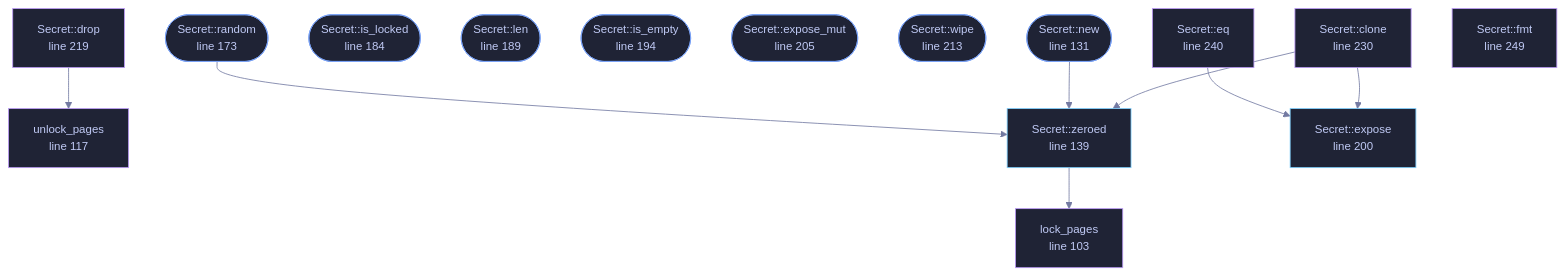
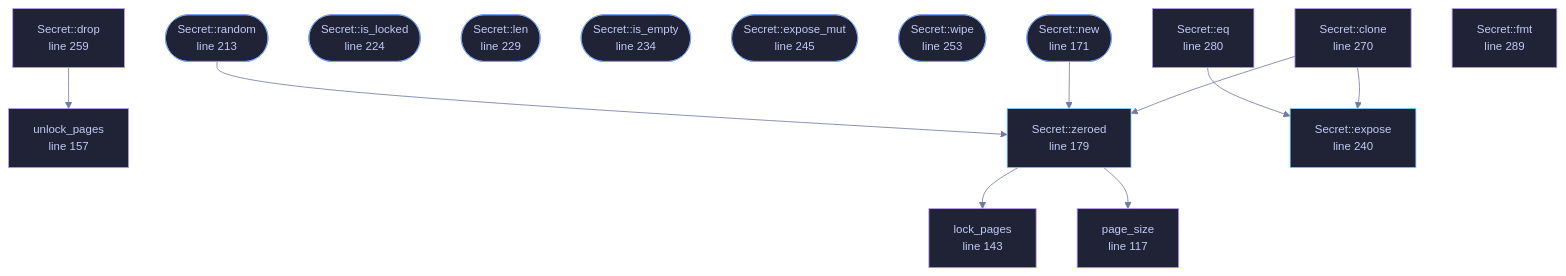
Before and after one commit to tilas01/veilvoice: the diagram in docs/files/veilvoice-crypto/amnesia.md, drawn with Mermaid. The commit also changed other lines of this file and 38 other files, not shown here.

````diff
--- a/docs/files/veilvoice-crypto/amnesia.md
+++ b/docs/files/veilvoice-crypto/amnesia.md
@@ -124,47 +145,52 @@
 ```mermaid
 %%{init: {"theme":"base","themeVariables":{"background":"#1a1b26","primaryColor":"#1f2335","primaryTextColor":"#c0caf5","primaryBorderColor":"#7aa2f7","secondaryColor":"#16161e","tertiaryColor":"#16161e","lineColor":"#737aa2","textColor":"#c0caf5","mainBkg":"#1f2335","nodeBorder":"#7aa2f7","clusterBkg":"#16161e","clusterBorder":"#2f3549","fontFamily":"ui-monospace, SFMono-Regular, Consolas, monospace","fontSize":"14px"}}}%%
 flowchart TD
-    n_lock_pages["lock_pages<br/>line 103"]
-    n_unlock_pages["unlock_pages<br/>line 117"]
-    n_new(["Secret::new<br/>line 131"])
-    n_zeroed["Secret::zeroed<br/>line 139"]
-    n_random(["Secret::random<br/>line 173"])
-    n_is_locked(["Secret::is_locked<br/>line 184"])
-    n_len(["Secret::len<br/>line 189"])
-    n_is_empty(["Secret::is_empty<br/>line 194"])
-    n_expose["Secret::expose<br/>line 200"]
-    n_expose_mut(["Secret::expose_mut<br/>line 205"])
-    n_wipe(["Secret::wipe<br/>line 213"])
-    n_drop["Secret::drop<br/>line 219"]
-    n_clone["Secret::clone<br/>line 230"]
-    n_eq["Secret::eq<br/>line 240"]
-    n_fmt["Secret::fmt<br/>line 249"]
+    n_page_size["page_size<br/>line 112"]
+    n_page_size["page_size<br/>line 117"]
+    n_lock_pages["lock_pages<br/>line 143"]
+    n_unlock_pages["unlock_pages<br/>line 157"]
+    n_new(["Secret::new<br/>line 171"])
+    n_zeroed["Secret::zeroed<br/>line 179"]
+    n_random(["Secret::random<br/>line 213"])
+    n_is_locked(["Secret::is_locked<br/>line 224"])
+    n_len(["Secret::len<br/>line 229"])
+    n_is_empty(["Secret::is_empty<br/>line 234"])
+    n_expose["Secret::expose<br/>line 240"]
+    n_expose_mut(["Secret::expose_mut<br/>line 245"])
+    n_wipe(["Secret::wipe<br/>line 253"])
+    n_drop["Secret::drop<br/>line 259"]
+    n_clone["Secret::clone<br/>line 270"]
+    n_eq["Secret::eq<br/>line 280"]
+    n_fmt["Secret::fmt<br/>line 289"]
     n_clone --> n_expose
     n_clone --> n_zeroed
     n_drop --> n_unlock_pages
     n_eq --> n_expose
     n_new --> n_zeroed
     n_random --> n_zeroed
     n_zeroed --> n_lock_pages
-    click n_lock_pages href "https://github.com/tilas01/veilvoice/blob/main/crates/veilvoice-crypto/src/amnesia.rs#L103" "open the source"
-    click n_unlock_pages href "https://github.com/tilas01/veilvoice/blob/main/crates/veilvoice-crypto/src/amnesia.rs#L117" "open the source"
-    click n_new href "https://github.com/tilas01/veilvoice/blob/main/crates/veilvoice-crypto/src/amnesia.rs#L131" "open the source"
-    click n_zeroed href "https://github.com/tilas01/veilvoice/blob/main/crates/veilvoice-crypto/src/amnesia.rs#L139" "open the source"
-    click n_random href "https://github.com/tilas01/veilvoice/blob/main/crates/veilvoice-crypto/src/amnesia.rs#L173" "open the source"
-    click n_is_locked href "https://github.com/tilas01/veilvoice/blob/main/crates/veilvoice-crypto/src/amnesia.rs#L184" "open the source"
-    click n_len href "https://github.com/tilas01/veilvoice/blob/main/crates/veilvoice-crypto/src/amnesia.rs#L189" "open the source"
-    click n_is_empty href "https://github.com/tilas01/veilvoice/blob/main/crates/veilvoice-crypto/src/amnesia.rs#L194" "open the source"
-    click n_expose href "https://github.com/tilas01/veilvoice/blob/main/crates/veilvoice-crypto/src/amnesia.rs#L200" "open the source"
-    click n_expose_mut href "https://github.com/tilas01/veilvoice/blob/main/crates/veilvoice-crypto/src/amnesia.rs#L205" "open the source"
-    click n_wipe href "https://github.com/tilas01/veilvoice/blob/main/crates/veilvoice-crypto/src/amnesia.rs#L213" "open the source"
-    click n_drop href "https://github.com/tilas01/veilvoice/blob/main/crates/veilvoice-crypto/src/amnesia.rs#L219" "open the source"
-    click n_clone href "https://github.com/tilas01/veilvoice/blob/main/crates/veilvoice-crypto/src/amnesia.rs#L230" "open the source"
-    click n_eq href "https://github.com/tilas01/veilvoice/blob/main/crates/veilvoice-crypto/src/amnesia.rs#L240" "open the source"
-    click n_fmt href "https://github.com/tilas01/veilvoice/blob/main/crates/veilvoice-crypto/src/amnesia.rs#L249" "open the source"
+    n_zeroed --> n_page_size
+    click n_page_size href "https://github.com/tilas01/veilvoice/blob/main/crates/veilvoice-crypto/src/amnesia.rs#L112" "open the source"
+    click n_page_size href "https://github.com/tilas01/veilvoice/blob/main/crates/veilvoice-crypto/src/amnesia.rs#L117" "open the source"
+    click n_lock_pages href "https://github.com/tilas01/veilvoice/blob/main/crates/veilvoice-crypto/src/amnesia.rs#L143" "open the source"
+    click n_unlock_pages href "https://github.com/tilas01/veilvoice/blob/main/crates/veilvoice-crypto/src/amnesia.rs#L157" "open the source"
+    click n_new href "https://github.com/tilas01/veilvoice/blob/main/crates/veilvoice-crypto/src/amnesia.rs#L171" "open the source"
+    click n_zeroed href "https://github.com/tilas01/veilvoice/blob/main/crates/veilvoice-crypto/src/amnesia.rs#L179" "open the source"
+    click n_random href "https://github.com/tilas01/veilvoice/blob/main/crates/veilvoice-crypto/src/amnesia.rs#L213" "open the source"
+    click n_is_locked href "https://github.com/tilas01/veilvoice/blob/main/crates/veilvoice-crypto/src/amnesia.rs#L224" "open the source"
+    click n_len href "https://github.com/tilas01/veilvoice/blob/main/crates/veilvoice-crypto/src/amnesia.rs#L229" "open the source"
+    click n_is_empty href "https://github.com/tilas01/veilvoice/blob/main/crates/veilvoice-crypto/src/amnesia.rs#L234" "open the source"
+    click n_expose href "https://github.com/tilas01/veilvoice/blob/main/crates/veilvoice-crypto/src/amnesia.rs#L240" "open the source"
+    click n_expose_mut href "https://github.com/tilas01/veilvoice/blob/main/crates/veilvoice-crypto/src/amnesia.rs#L245" "open the source"
+    click n_wipe href "https://github.com/tilas01/veilvoice/blob/main/crates/veilvoice-crypto/src/amnesia.rs#L253" "open the source"
+    click n_drop href "https://github.com/tilas01/veilvoice/blob/main/crates/veilvoice-crypto/src/amnesia.rs#L259" "open the source"
+    click n_clone href "https://github.com/tilas01/veilvoice/blob/main/crates/veilvoice-crypto/src/amnesia.rs#L270" "open the source"
+    click n_eq href "https://github.com/tilas01/veilvoice/blob/main/crates/veilvoice-crypto/src/amnesia.rs#L280" "open the source"
+    click n_fmt href "https://github.com/tilas01/veilvoice/blob/main/crates/veilvoice-crypto/src/amnesia.rs#L289" "open the source"
     classDef entry fill:#1f2335,stroke:#7aa2f7,color:#c0caf5
     class n_new,n_random,n_is_locked,n_len,n_is_empty,n_expose_mut,n_wipe entry
     classDef api fill:#1f2335,stroke:#7dcfff,color:#c0caf5
     class n_zeroed,n_expose api
     classDef helper fill:#1f2335,stroke:#bb9af7,color:#c0caf5
-    class n_lock_pages,n_unlock_pages,n_drop,n_clone,n_eq,n_fmt helper
+    class n_page_size,n_page_size,n_lock_pages,n_unlock_pages,n_drop,n_clone,n_eq,n_fmt helper
 ```
````
